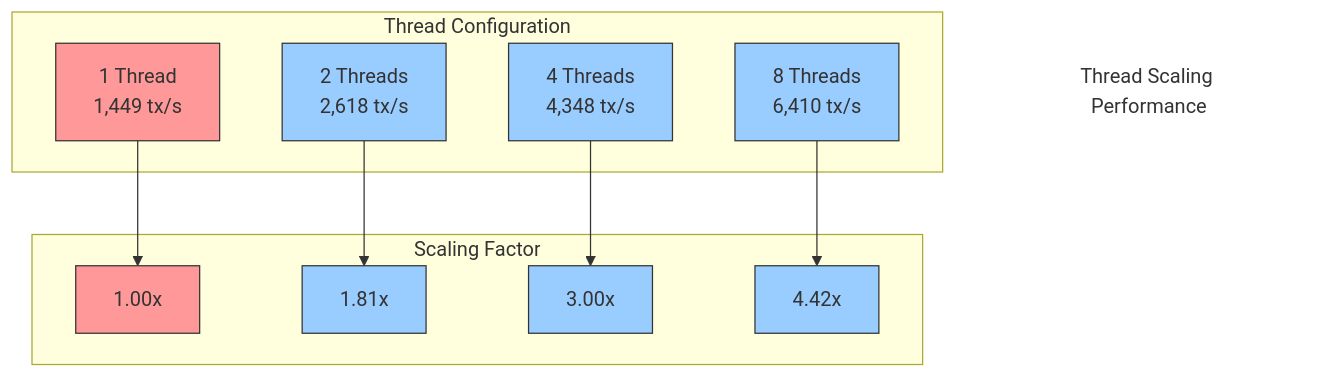
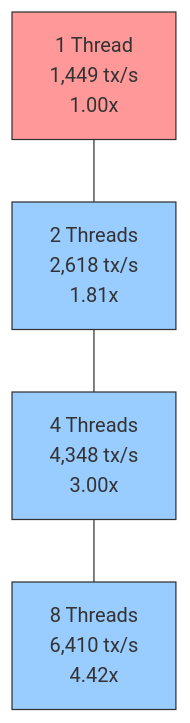
The ninth of 10 diagrams in README.md (Final-Project-13520137/avalanche-parallel), drawn with Mermaid before and after one commit. The commit also changed other lines of this file, not shown here.

Commit message:
fix readme graph diagram testing again

````diff
--- a/README.md
+++ b/README.md
@@ -647,30 +635,12 @@
 ```mermaid
-flowchart TB
-    title[Thread Scaling Performance]
-    style title fill:none,stroke:none
-    
-    subgraph Threads[Thread Configuration]
-        T1[1 Thread<br>1,449 tx/s]
-        T2[2 Threads<br>2,618 tx/s]
-        T4[4 Threads<br>4,348 tx/s]
-        T8[8 Threads<br>6,410 tx/s]
-    end
-    
-    subgraph Scale[Scaling Factor]
-        S1[1.00x]
-        S2[1.81x]
-        S4[3.00x]
-        S8[4.42x]
-    end
-    
-    T1 --> S1
-    T2 --> S2
-    T4 --> S4
-    T8 --> S8
+flowchart TD
+    T1[1 Thread<br>1,449 tx/s<br>1.00x] --- T2[2 Threads<br>2,618 tx/s<br>1.81x]
+    T2 --- T4[4 Threads<br>4,348 tx/s<br>3.00x]
+    T4 --- T8[8 Threads<br>6,410 tx/s<br>4.42x]
     
     classDef traditional fill:#FF9999,stroke:#333,stroke-width:1px
     classDef parallel fill:#99CCFF,stroke:#333,stroke-width:1px
     
-    class T1,S1 traditional
-    class T2,T4,T8,S2,S4,S8 parallel
+    class T1 traditional
+    class T2,T4,T8 parallel
 ```
````
